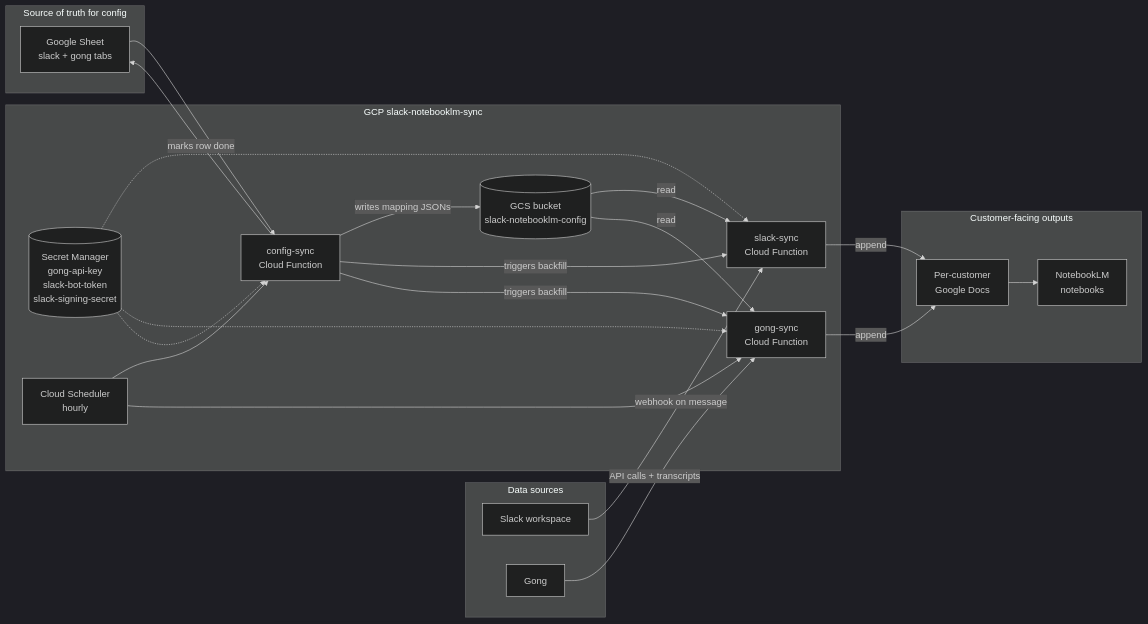
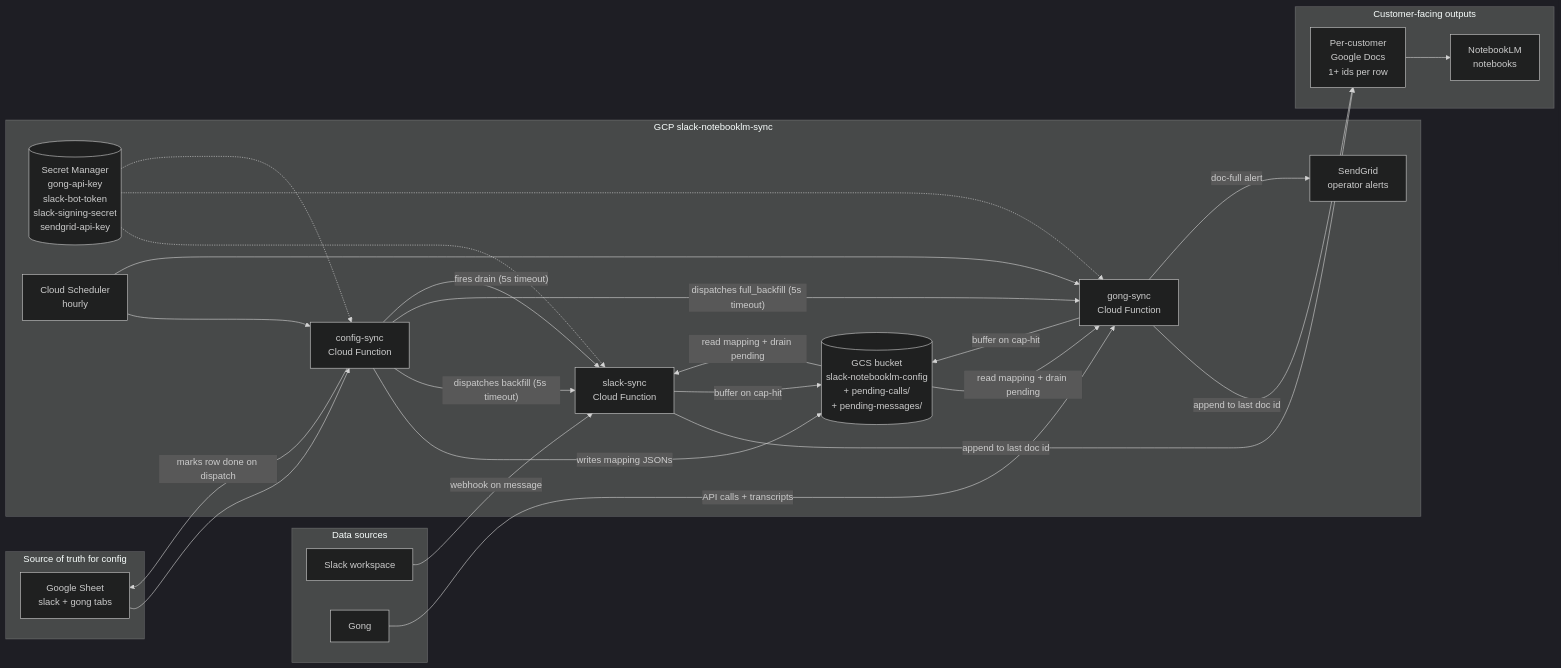
The diagram in ARCHITECTURE.md (plosiewicz/arango-notebooklm), drawn with Mermaid (dark theme) before and after one commit. The commit also changed other lines of this file and 2 other files, not shown here.

First line of the commit message:
docs: cap-hit runbook, onboarding, sweep, schema migration

````diff
--- a/ARCHITECTURE.md
+++ b/ARCHITECTURE.md
@@ -14,48 +14,53 @@
 ```mermaid
 flowchart LR
     subgraph sources [Data sources]
         slack[Slack workspace]
         gong[Gong]
     end
 
     subgraph config [Source of truth for config]
         sheet[Google Sheet<br/>slack + gong tabs]
     end
 
     subgraph gcp [GCP slack-notebooklm-sync]
-        gcs[(GCS bucket<br/>slack-notebooklm-config)]
-        secrets[(Secret Manager<br/>gong-api-key<br/>slack-bot-token<br/>slack-signing-secret)]
+        gcs[(GCS bucket<br/>slack-notebooklm-config<br/>+ pending-calls/<br/>+ pending-messages/)]
+        secrets[(Secret Manager<br/>gong-api-key<br/>slack-bot-token<br/>slack-signing-secret<br/>sendgrid-api-key)]
         configsync[config-sync<br/>Cloud Function]
         slacksync[slack-sync<br/>Cloud Function]
         gongsync[gong-sync<br/>Cloud Function]
         scheduler[Cloud Scheduler<br/>hourly]
+        sendgrid[SendGrid<br/>operator alerts]
     end
 
     subgraph out [Customer-facing outputs]
-        docs[Per-customer<br/>Google Docs]
+        docs[Per-customer<br/>Google Docs<br/>1+ ids per row]
         nblm[NotebookLM<br/>notebooks]
     end
 
     sheet --> configsync
     scheduler --> configsync
     scheduler --> gongsync
 
     configsync -- writes mapping JSONs --> gcs
-    configsync -- triggers backfill --> slacksync
-    configsync -- triggers backfill --> gongsync
-    configsync -- marks row done --> sheet
+    configsync -- dispatches backfill (5s timeout) --> slacksync
+    configsync -- dispatches full_backfill (5s timeout) --> gongsync
+    configsync -- fires drain (5s timeout) --> slacksync
+    configsync -- marks row done on dispatch --> sheet
 
     slack -- webhook on message --> slacksync
     gong -- API calls + transcripts --> gongsync
 
-    gcs -- read --> slacksync
-    gcs -- read --> gongsync
+    gcs -- read mapping + drain pending --> slacksync
+    gcs -- read mapping + drain pending --> gongsync
 
     secrets -.-> slacksync
     secrets -.-> gongsync
     secrets -.-> configsync
 
-    slacksync -- append --> docs
-    gongsync -- append --> docs
+    slacksync -- append to last doc id --> docs
+    gongsync -- append to last doc id --> docs
+    slacksync -- buffer on cap-hit --> gcs
+    gongsync -- buffer on cap-hit --> gcs
+    gongsync -- doc-full alert --> sendgrid
     docs --> nblm
 ```
````
